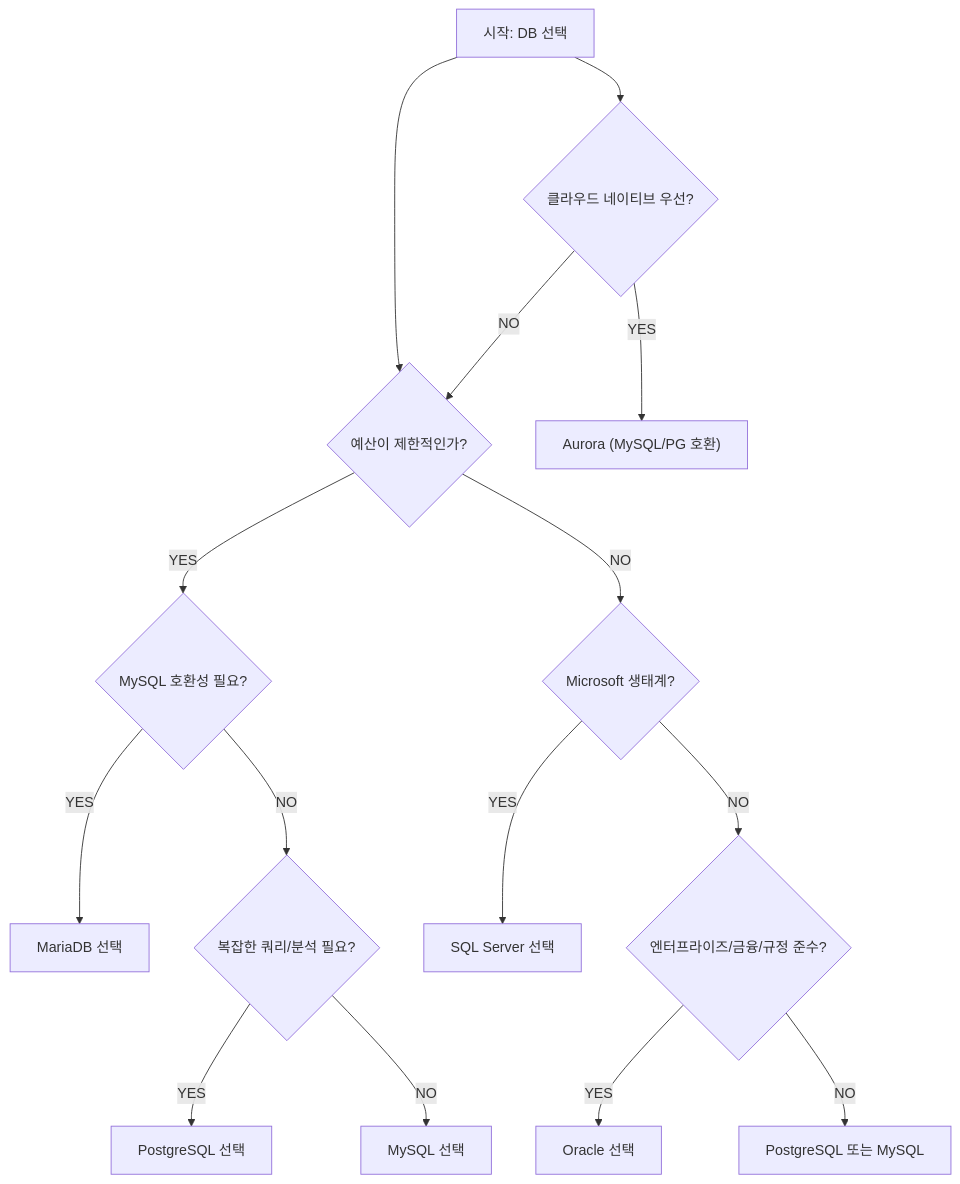
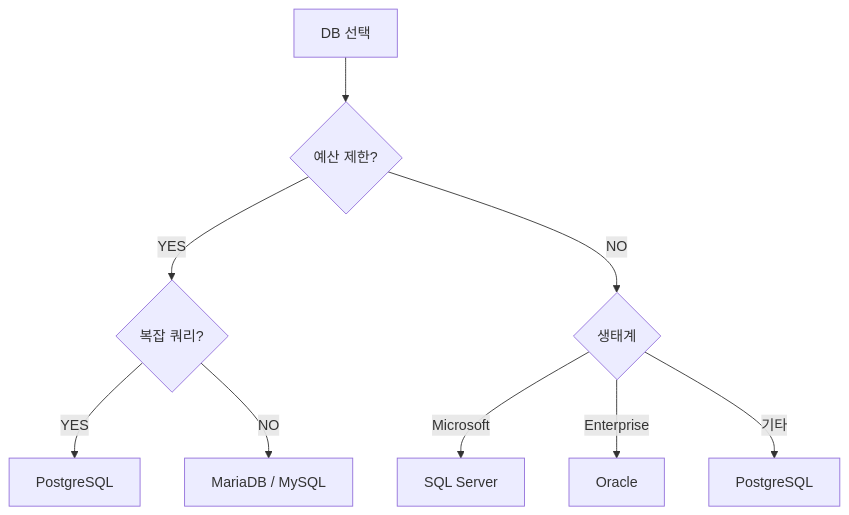
One commit to yjkim2015/yjkim2015.github.io changed diagram 15 of 15 in _posts/db/2026-05-01-db-comparison.md. Above: the diagram before and after it, drawn with Mermaid. The commit also changed other lines of this file and 215 other files, not shown here.

First line of the commit message:
신규 포스트 10개 추가 + Mermaid 전면 축소 + SystemDesign 시리즈 보강

````diff
--- a/_posts/db/2026-05-01-db-comparison.md
+++ b/_posts/db/2026-05-01-db-comparison.md
@@ -803,17 +742,11 @@
 ```mermaid
 graph TD
-    S["시작: DB 선택"] --> Q1{"예산이 제한적인가?"}
-    Q1 -->|"YES"| Q2{"MySQL 호환성 필요?"}
-    Q2 -->|"YES"| R1["MariaDB 선택"]
-    Q2 -->|"NO"| Q3{"복잡한 쿼리/분석 필요?"}
-    Q3 -->|"YES"| R2["PostgreSQL 선택"]
-    Q3 -->|"NO"| R3["MySQL 선택"]
-    Q1 -->|"NO"| Q4{"Microsoft 생태계?"}
-    Q4 -->|"YES"| R4["SQL Server 선택"]
-    Q4 -->|"NO"| Q5{"엔터프라이즈/금융/규정 준수?"}
-    Q5 -->|"YES"| R5["Oracle 선택"]
-    Q5 -->|"NO"| R6["PostgreSQL 또는 MySQL"]
-    S --> Q6{"클라우드 네이티브 우선?"}
-    Q6 -->|"YES"| R7["Aurora (MySQL/PG 호환)"]
-    Q6 -->|"NO"| Q1
+    S["DB 선택"] --> Q1{"예산 제한?"}
+    Q1 -->|"YES"| Q2{"복잡 쿼리?"}
+    Q2 -->|"YES"| R2["PostgreSQL"]
+    Q2 -->|"NO"| R1["MariaDB / MySQL"]
+    Q1 -->|"NO"| Q4{"생태계"}
+    Q4 -->|"Microsoft"| R4["SQL Server"]
+    Q4 -->|"Enterprise"| R5["Oracle"]
+    Q4 -->|"기타"| R6["PostgreSQL"]
 ```
````
